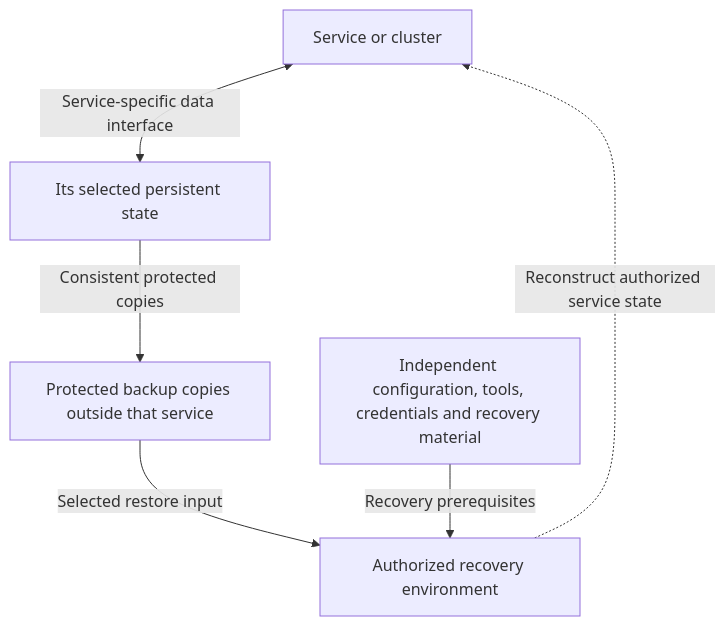
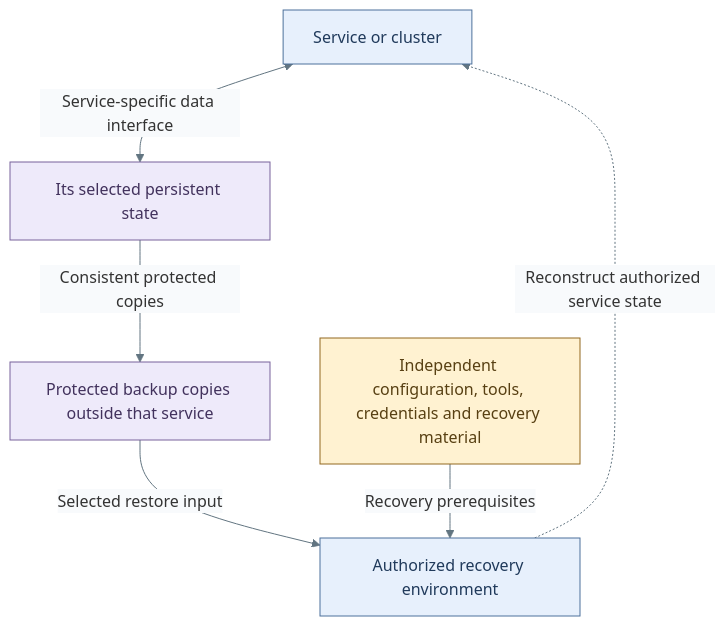
The fourth of 5 diagrams in docs/architecture/runtime-flows.md (Rexus/homelab), drawn with Mermaid before and after one commit. The commit also changed other lines of this file and 49 other files, not shown here.

Commit message:
docs(diagrams): clarify tier layouts and visual styles

````diff
--- a/docs/architecture/runtime-flows.md
+++ b/docs/architecture/runtime-flows.md
@@ -162,13 +184,21 @@
 ```mermaid
+%%{init: {"theme":"base","themeVariables":{"lineColor":"#627581","edgeLabelBackground":"#f8fafc"}}}%%
 flowchart TB
   Service["Service or cluster"]
   Data["Its selected persistent state"]
   Copies["Protected backup copies outside that service"]
   Restore["Authorized recovery environment"]
   Inputs["Independent configuration, tools, credentials and recovery material"]
   Service <-->|Service-specific data interface| Data
   Data -->|Consistent protected copies| Copies
   Copies -->|Selected restore input| Restore
   Inputs -->|Recovery prerequisites| Restore
   Restore -.->|Reconstruct authorized service state| Service
+  classDef default fill:#f8fafc,stroke:#64748b,color:#1f2937
+  classDef services fill:#e7f0fc,stroke:#4d719b,color:#203a5b
+  classDef data fill:#eeeafa,stroke:#78639b,color:#42325d
+  classDef custody fill:#fff2d1,stroke:#926820,color:#584013
+  class Service,Restore services
+  class Data,Copies data
+  class Inputs custody
 ```
````
